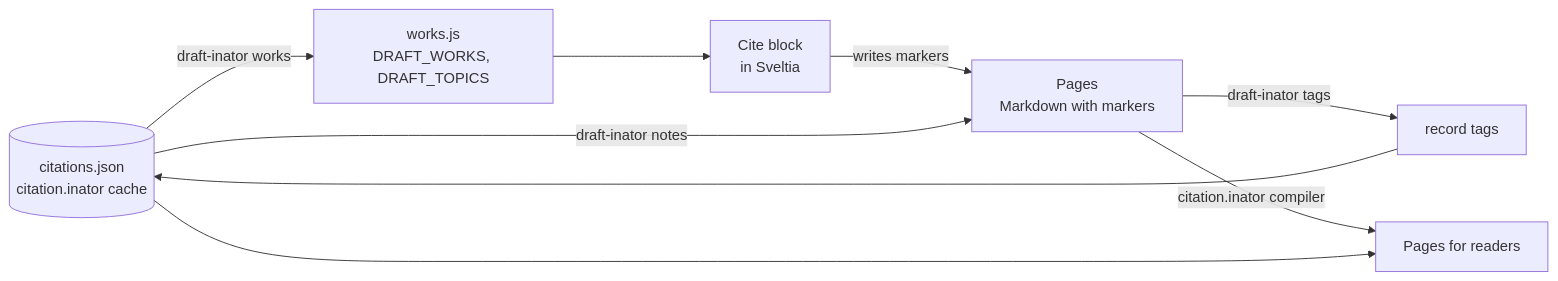
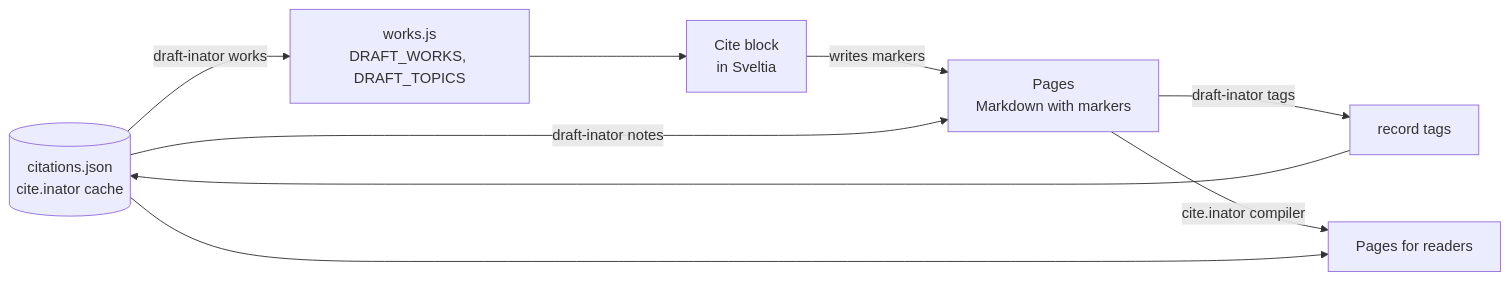
One commit to randal-cox/draft.inator changed the diagram in docs/citation-inator.md. Above: the diagram before and after it, drawn with Mermaid. The commit also changed other lines of this file and 12 other files, not shown here.

First line of the commit message:
cite.inator: the new name and repository in draft.inator's docs, demo, and tools

````diff
--- a/docs/citation-inator.md
+++ b/docs/citation-inator.md
@@ -25,16 +25,16 @@
 ```mermaid
 flowchart LR
-  cache[("citations.json<br>citation.inator cache")]
+  cache[("citations.json<br>cite.inator cache")]
   works["works.js<br>DRAFT_WORKS, DRAFT_TOPICS"]
   block["Cite block<br>in Sveltia"]
   pages["Pages<br>Markdown with markers"]
   html["Pages for readers"]
   cache -- "draft-inator works" --> works
   works --> block
   block -- "writes markers" --> pages
   cache -- "draft-inator notes" --> pages
   pages -- "draft-inator tags" --> tags["record tags"]
   tags --> cache
-  pages -- "citation.inator compiler" --> html
+  pages -- "cite.inator compiler" --> html
   cache --> html
 ```
````
